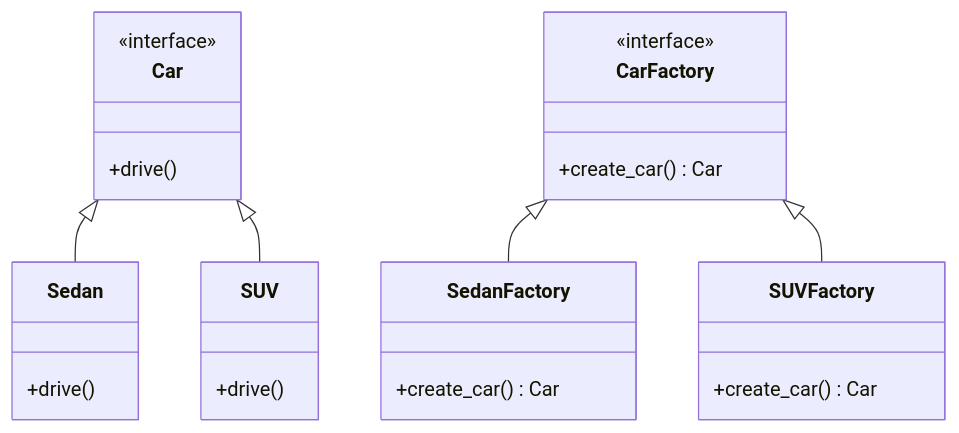
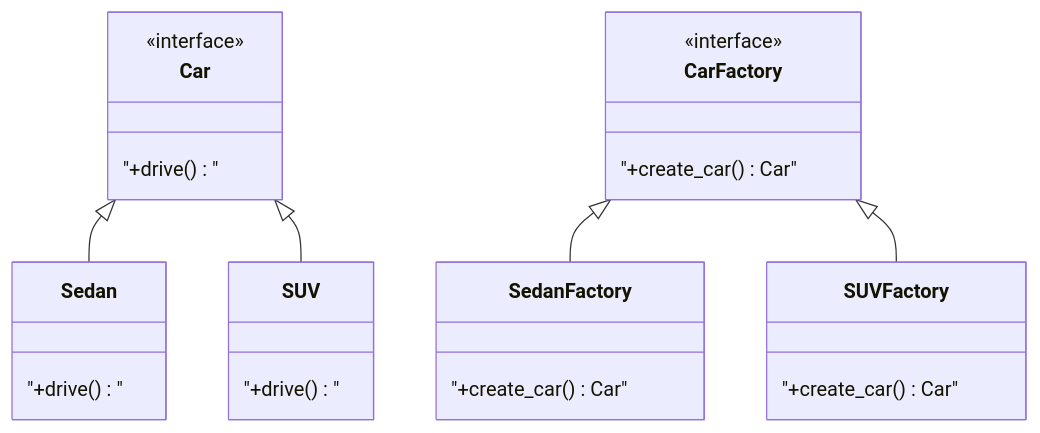
One commit to 42jerrykim/42jerrykim.github.io changed the first of 8 diagrams in content/post/2024/2024-08-21-factory-method/index.md. Above: the diagram before and after it, drawn with Mermaid. The commit also changed other lines of this file and 239 other files, not shown here.

````diff
--- a/content/post/2024/2024-08-21-factory-method/index.md
+++ b/content/post/2024/2024-08-21-factory-method/index.md
@@ -204,28 +238,28 @@
 ```mermaid
 classDiagram
     class Car {
         <<interface>>
-        +drive()
+        "+drive()"
     }
     class Sedan {
-        +drive()
+        "+drive()"
     }
     class SUV {
-        +drive()
+        "+drive()"
     }
     class CarFactory {
         <<interface>>
-        +create_car() Car
+        "+create_car() Car"
     }
     class SedanFactory {
-        +create_car() Car
+        "+create_car() Car"
     }
     class SUVFactory {
-        +create_car() Car
+        "+create_car() Car"
     }
 
     Car <|-- Sedan
     Car <|-- SUV
     CarFactory <|-- SedanFactory
     CarFactory <|-- SUVFactory
 ```
````
